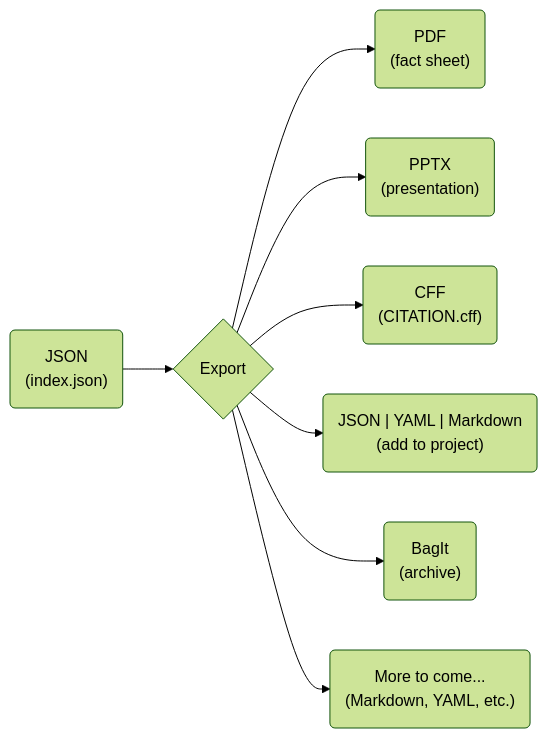
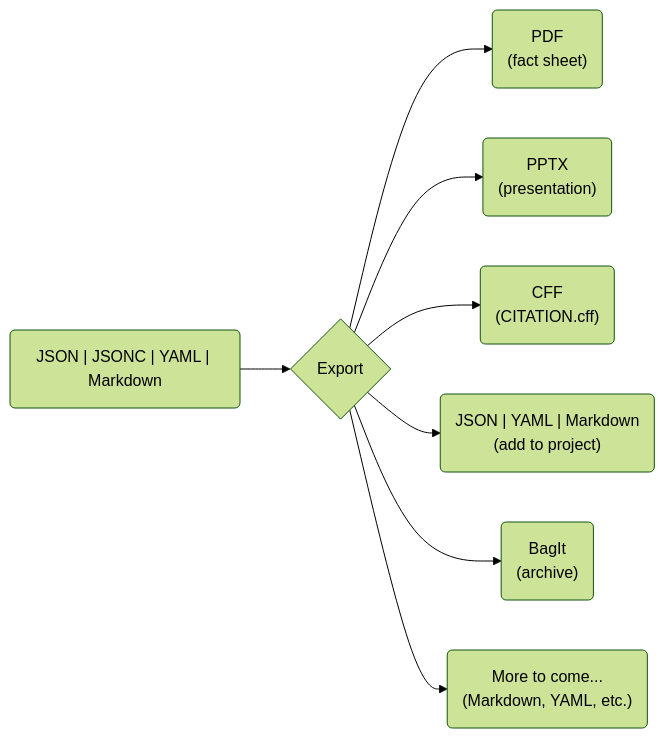
One commit to jhwohlgemuth/acorn changed the diagram in docs/src/cli-reference/commands/export.md. Above: the diagram before and after it, drawn with Mermaid (forest theme). The commit also changed other lines of this file and 44 other files, not shown here.

Commit message:
feat: Add end-to-end Markdown support across schemas, agents, CLI workflows, and fixtures

````diff
--- a/docs/src/cli-reference/commands/export.md
+++ b/docs/src/cli-reference/commands/export.md
@@ -10,10 +12,10 @@
 ```mermaid
 graph LR
-    data("JSON</br>(index.json)") --> export{Export}
+    data("JSON | JSONC | YAML | Markdown") --> export{Export}
     export --> PDF("PDF</br>(fact sheet)")
     export --> PPTX("PPTX</br>(presentation)")
     export --> CFF("CFF</br>(CITATION.cff)")
     export --> Convert("JSON | YAML | Markdown</br>(add to project)")
     export --> BAG("BagIt</br>(archive)")
     export --> more("More to come...</br>(Markdown, YAML, etc.)")
 ```
````
